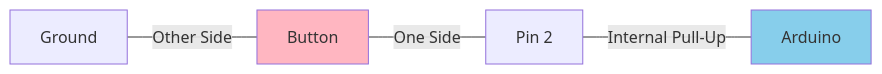
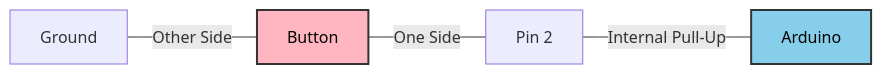
One commit to ScopeCreep-zip/ossidata changed the fourth of 5 diagrams in docs/GETTING_STARTED.md. Above: the diagram before and after it, drawn with Mermaid. The commit also changed other lines of this file and 4 other files, not shown here.

Commit message:
Update to mermaid diagrams to be more readable

````diff
--- a/docs/GETTING_STARTED.md
+++ b/docs/GETTING_STARTED.md
@@ -436,9 +436,9 @@
 ```mermaid
 graph LR
     A[Pin 2] ---|Internal Pull-Up| B[Arduino]
     C[Button] ---|One Side| A
     D[Ground] ---|Other Side| C
 
-    style B fill:#87CEEB
-    style C fill:#FFB6C1
+    style B fill:#87CEEB,stroke:#333,stroke-width:2px,color:#000
+    style C fill:#FFB6C1,stroke:#333,stroke-width:2px,color:#000
 ```
````
